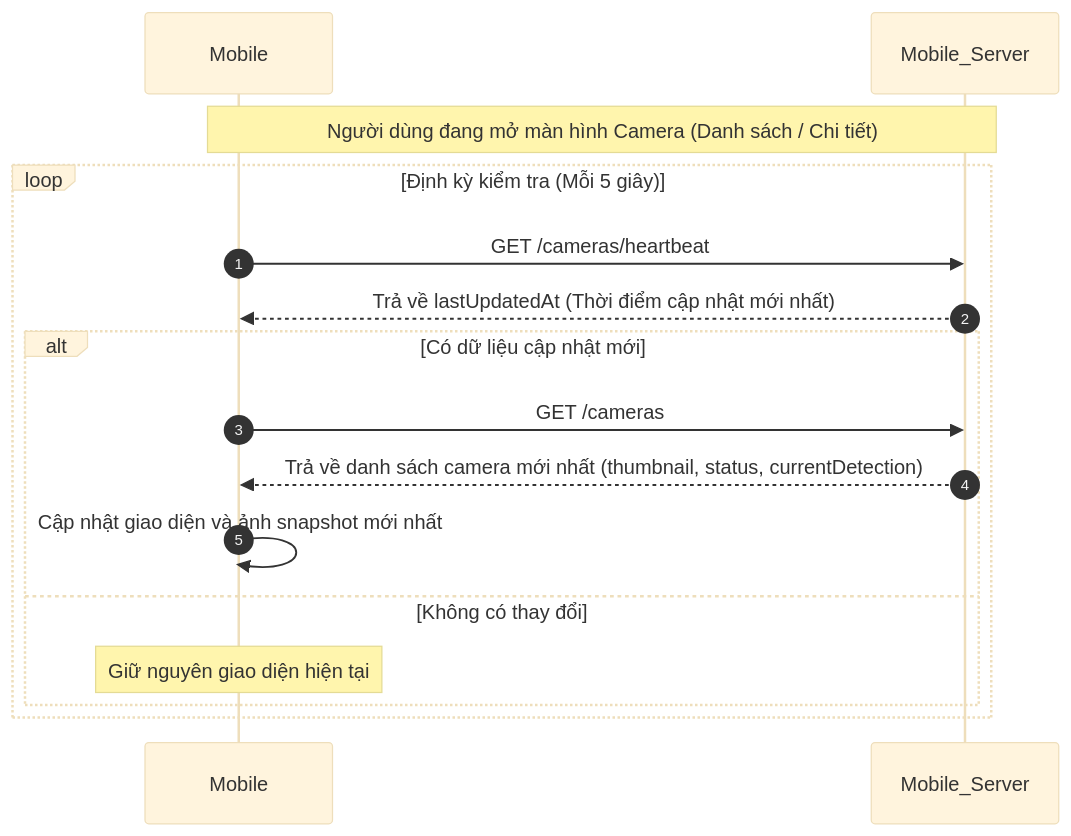
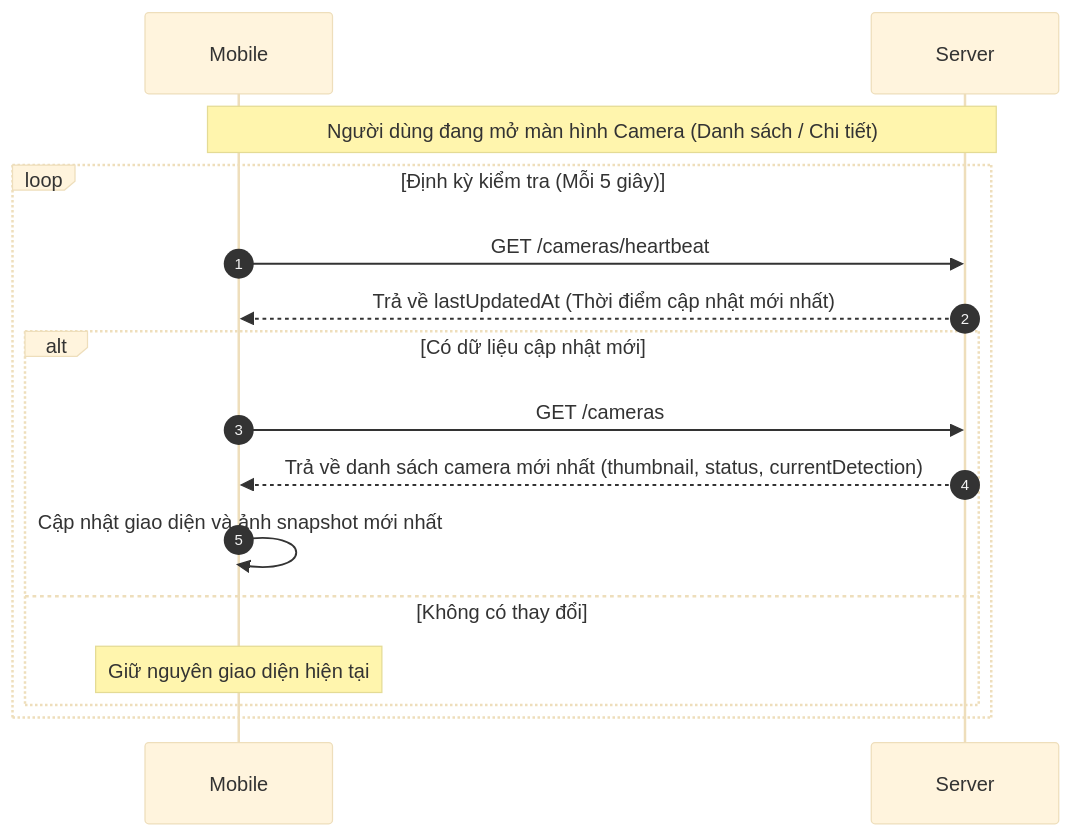
One commit to trungnguyenthien/Wildlife-Warning-and-Deterrence-System changed the fifth of 18 diagrams in docs/04-sequence-diagram.md. Above: the diagram before and after it, drawn with Mermaid (base theme). The commit also changed other lines of this file, not shown here.

Commit message:
docs: update sequence diagram to reflect latest system workflow changes

````diff
--- a/docs/04-sequence-diagram.md
+++ b/docs/04-sequence-diagram.md
@@ -239,19 +239,19 @@
 ```mermaid
 sequenceDiagram
     autonumber
     participant Mobile as Mobile
-    participant Mobile_Server as Mobile_Server
+    participant Server as Server
 
-    Note over Mobile, Mobile_Server: Người dùng đang mở màn hình Camera (Danh sách / Chi tiết)
+    Note over Mobile, Server: Người dùng đang mở màn hình Camera (Danh sách / Chi tiết)
     loop Định kỳ kiểm tra (Mỗi 5 giây)
-        Mobile->>Mobile_Server: GET /cameras/heartbeat
-        Mobile_Server-->>Mobile: Trả về lastUpdatedAt (Thời điểm cập nhật mới nhất)
+        Mobile->>Server: GET /cameras/heartbeat
+        Server-->>Mobile: Trả về lastUpdatedAt (Thời điểm cập nhật mới nhất)
         alt Có dữ liệu cập nhật mới
-            Mobile->>Mobile_Server: GET /cameras
-            Mobile_Server-->>Mobile: Trả về danh sách camera mới nhất (thumbnail, status, currentDetection)
+            Mobile->>Server: GET /cameras
+            Server-->>Mobile: Trả về danh sách camera mới nhất (thumbnail, status, currentDetection)
             Mobile->>Mobile: Cập nhật giao diện và ảnh snapshot mới nhất
         else Không có thay đổi
             Note over Mobile: Giữ nguyên giao diện hiện tại
         end
     end
 ```
````
